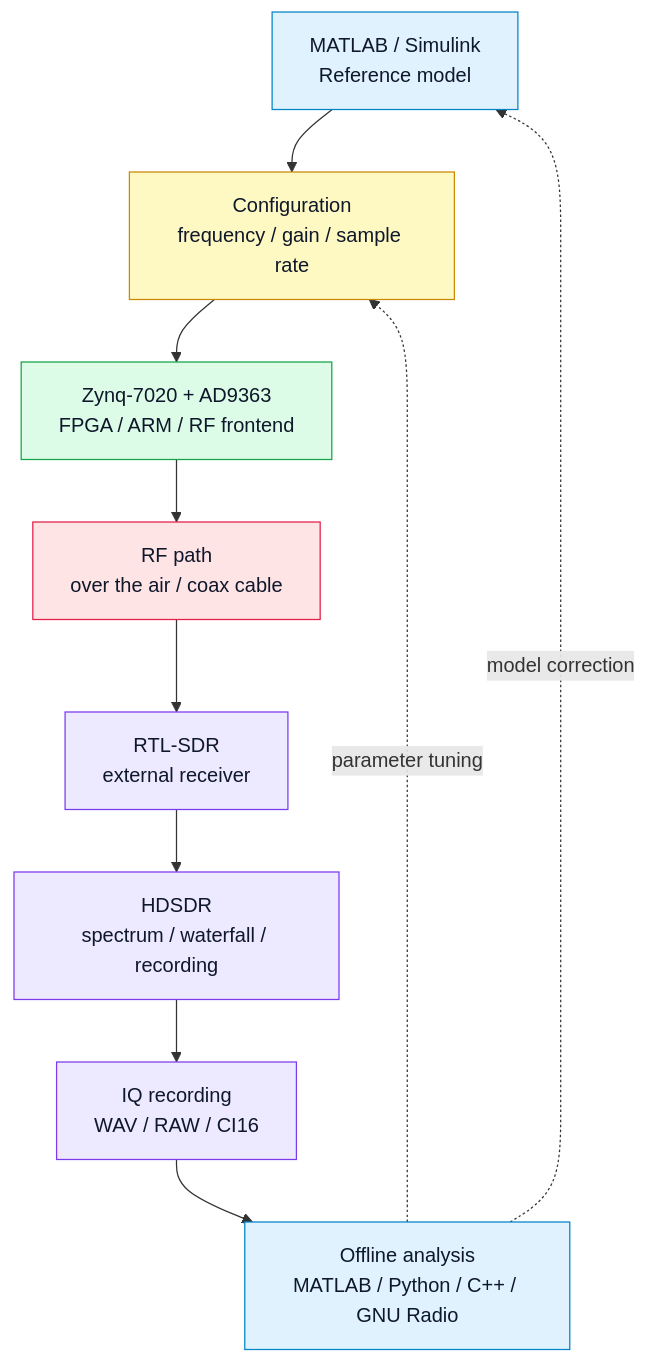
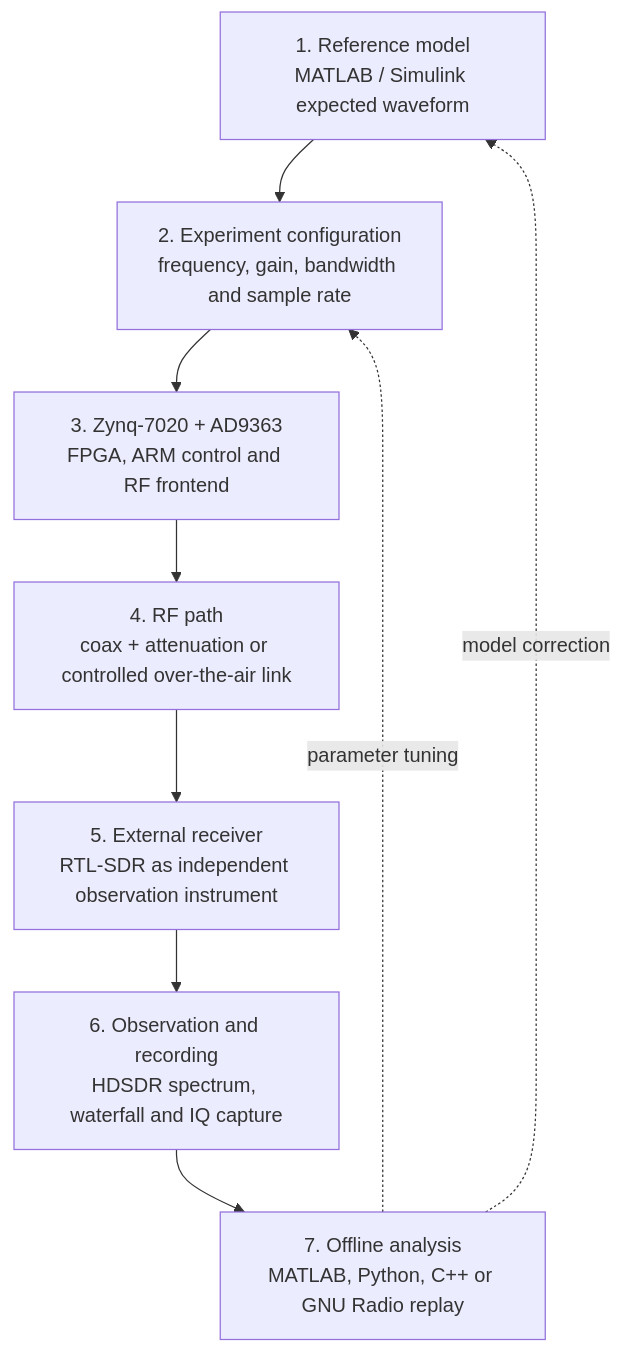
The second of 4 diagrams in README.md (Lay007/zynq-sdr-course), drawn with Mermaid before and after one commit. The commit also changed other lines of this file, not shown here.

Commit message:
Unify public Mermaid diagrams in IEEE style

````diff
--- a/README.md
+++ b/README.md
@@ -89,21 +105,14 @@
 ```mermaid
 flowchart TB
-    classDef model fill:#E0F2FE,color:#0F172A,stroke:#0284C7,stroke-width:1px;
-    classDef fpga fill:#DCFCE7,color:#0F172A,stroke:#16A34A,stroke-width:1px;
-    classDef arm fill:#FEF9C3,color:#0F172A,stroke:#CA8A04,stroke-width:1px;
-    classDef rf fill:#FFE4E6,color:#0F172A,stroke:#E11D48,stroke-width:1px;
-    classDef data fill:#EDE9FE,color:#0F172A,stroke:#7C3AED,stroke-width:1px;
+    MODEL["1. Reference model<br/>MATLAB / Simulink expected waveform"]
+    CFG["2. Experiment configuration<br/>frequency, gain, bandwidth and sample rate"]
+    ZYNQ["3. Zynq-7020 + AD9363<br/>FPGA, ARM control and RF frontend"]
+    PATH["4. RF path<br/>coax + attenuation or controlled over-the-air link"]
+    RX["5. External receiver<br/>RTL-SDR as independent observation instrument"]
+    RECORD["6. Observation and recording<br/>HDSDR spectrum, waterfall and IQ capture"]
+    ANALYSIS["7. Offline analysis<br/>MATLAB, Python, C++ or GNU Radio replay"]
 
-    M["MATLAB / Simulink<br/>Reference model"]:::model
-    CFG["Configuration<br/>frequency / gain / sample rate"]:::arm
-    ZYNQ["Zynq-7020 + AD9363<br/>FPGA / ARM / RF frontend"]:::fpga
-    AIR["RF path<br/>over the air / coax cable"]:::rf
-    RTL["RTL-SDR<br/>external receiver"]:::data
-    HDSDR["HDSDR<br/>spectrum / waterfall / recording"]:::data
-    IQ["IQ recording<br/>WAV / RAW / CI16"]:::data
-    ANALYSIS["Offline analysis<br/>MATLAB / Python / C++ / GNU Radio"]:::model
-
-    M --> CFG --> ZYNQ --> AIR --> RTL --> HDSDR --> IQ --> ANALYSIS
-    ANALYSIS -. model correction .-> M
+    MODEL --> CFG --> ZYNQ --> PATH --> RX --> RECORD --> ANALYSIS
+    ANALYSIS -. model correction .-> MODEL
     ANALYSIS -. parameter tuning .-> CFG
 ```
````
